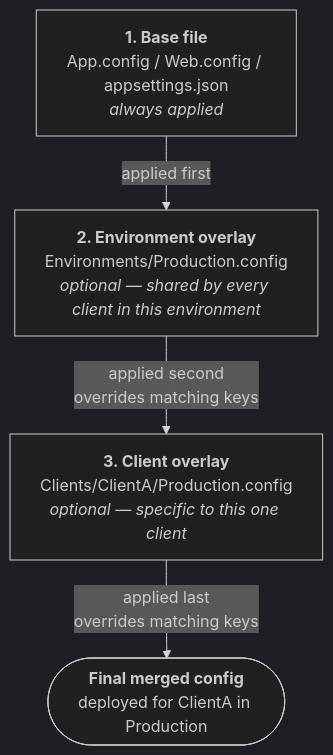
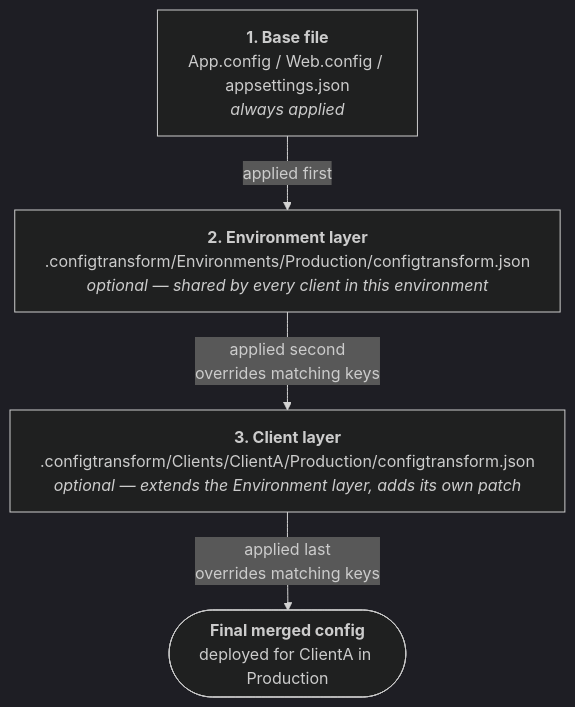
Before and after one commit to taljacob2/config-transform: the first of 2 diagrams in docs/GETTING_STARTED.md, drawn with Mermaid (dark theme). The commit also changed other lines of this file and 88 other files, not shown here.

First line of the commit message:
Implement self-describing overlays (configtransform.json) — 0.7.0-alpha, breaking (#6)

````diff
--- a/docs/GETTING_STARTED.md
+++ b/docs/GETTING_STARTED.md
@@ -8,11 +9,11 @@
 ```mermaid
 flowchart TB
     Base["<b>1. Base file</b><br/>App.config / Web.config / appsettings.json<br/><i>always applied</i>"]
-    Env["<b>2. Environment overlay</b><br/>Environments/Production.config<br/><i>optional — shared by every client in this environment</i>"]
-    Client["<b>3. Client overlay</b><br/>Clients/ClientA/Production.config<br/><i>optional — specific to this one client</i>"]
+    Env["<b>2. Environment layer</b><br/>.configtransform/Environments/Production/configtransform.json<br/><i>optional — shared by every client in this environment</i>"]
+    Client["<b>3. Client layer</b><br/>.configtransform/Clients/ClientA/Production/configtransform.json<br/><i>optional — extends the Environment layer, adds its own patch</i>"]
     Result(["<b>Final merged config</b><br/>deployed for ClientA in Production"])
 
     Base -->|applied first| Env
     Env -->|"applied second<br/>overrides matching keys"| Client
     Client -->|"applied last<br/>overrides matching keys"| Result
 ```
````
